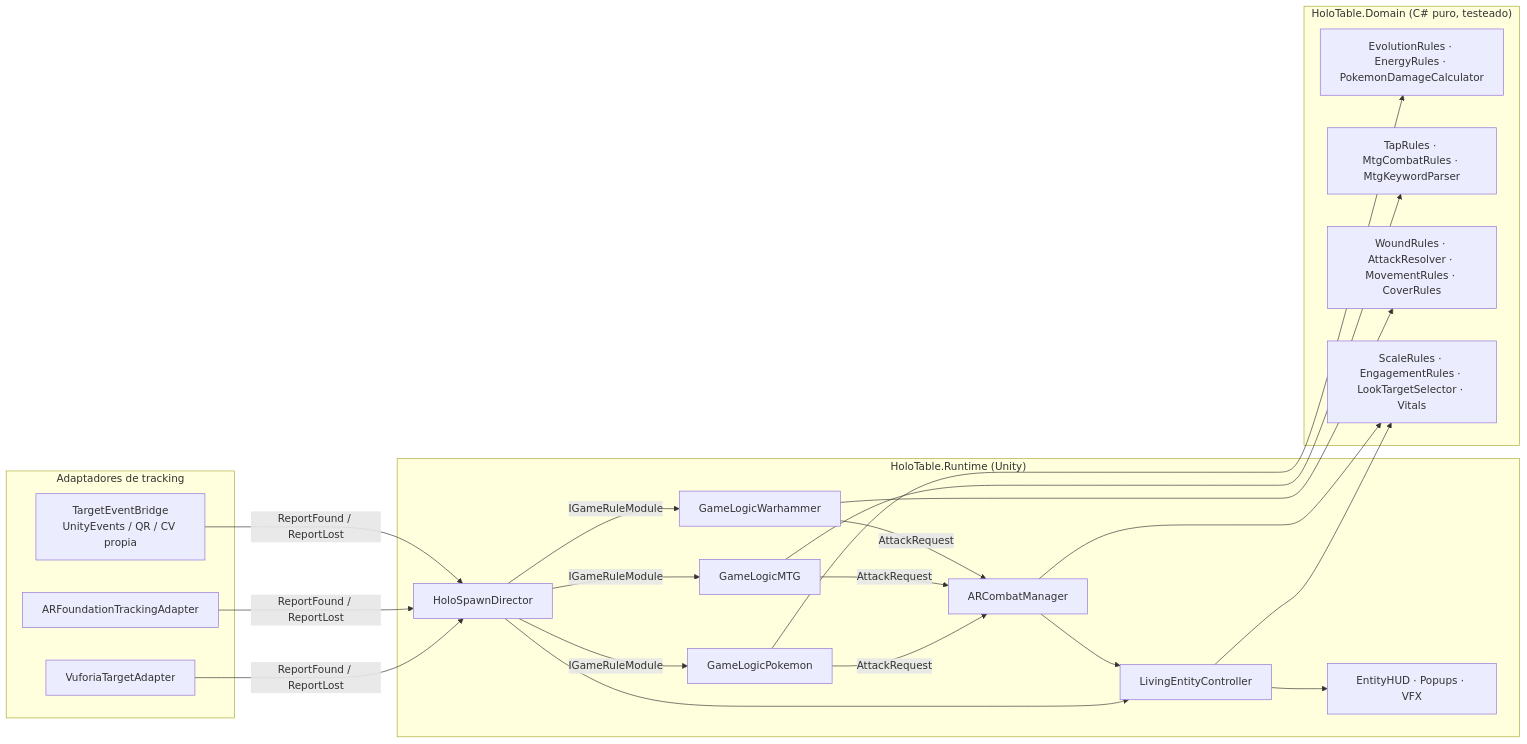
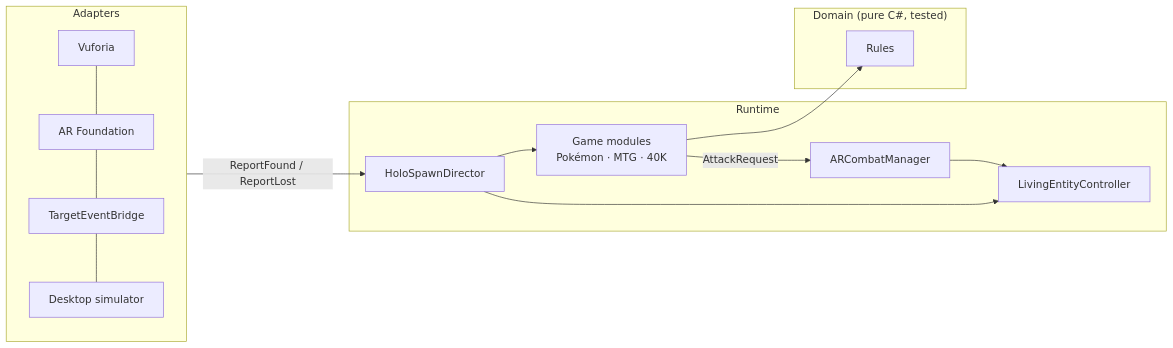
One commit to adrimg3196/pokmag changed the diagram in README.md. Above: the diagram before and after it, drawn with Mermaid. The commit also changed other lines of this file and 239 other files, not shown here.

First line of the commit message:
Make HoloTable installable and playable without AR hardware

````diff
--- a/README.md
+++ b/README.md
@@ -46,33 +57,16 @@
 ```mermaid
 flowchart LR
-    subgraph SDK["Adaptadores de tracking"]
-        V[VuforiaTargetAdapter]
-        A[ARFoundationTrackingAdapter]
-        B[TargetEventBridge<br/>UnityEvents / QR / CV propia]
+    subgraph Adapters
+        V[Vuforia] --- A[AR Foundation] --- B[TargetEventBridge] --- S[Desktop simulator]
     end
-    subgraph Runtime["HoloTable.Runtime (Unity)"]
-        D[HoloSpawnDirector]
-        L[LivingEntityController]
-        C[ARCombatManager]
-        P[GameLogicPokemon]
-        M[GameLogicMTG]
-        W[GameLogicWarhammer]
-        H[EntityHUD · Popups · VFX]
+    subgraph Runtime
+        D[HoloSpawnDirector] --> M[Game modules<br/>Pokémon · MTG · 40K]
+        D --> L[LivingEntityController]
+        M -->|AttackRequest| C[ARCombatManager] --> L
     end
-    subgraph Domain["HoloTable.Domain (C# puro, testeado)"]
-        R1[EvolutionRules · EnergyRules · PokemonDamageCalculator]
-        R2[TapRules · MtgCombatRules · MtgKeywordParser]
-        R3[WoundRules · AttackResolver · MovementRules · CoverRules]
-        R4[ScaleRules · EngagementRules · LookTargetSelector · Vitals]
+    subgraph Domain["Domain (pure C#, tested)"]
+        R[Rules]
     end
-    V & A & B -->|ReportFound / ReportLost| D
-    D -->|IGameRuleModule| P & M & W
-    D --> L
-    P & M & W -->|AttackRequest| C
-    C --> L
-    L --> H
-    P --> R1
-    M --> R2
-    W --> R3
-    L & C --> R4
+    Adapters -->|ReportFound / ReportLost| D
+    M --> R
 ```
````
